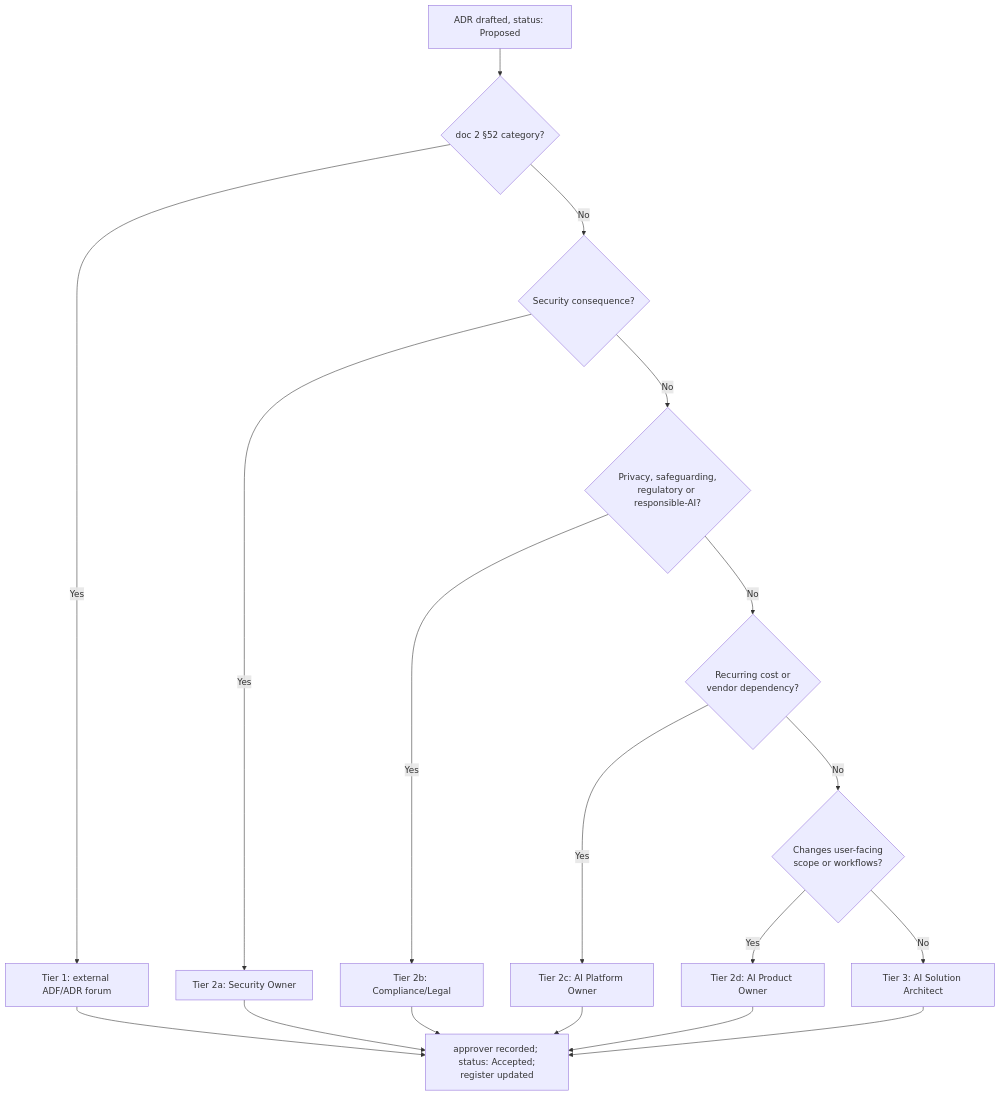
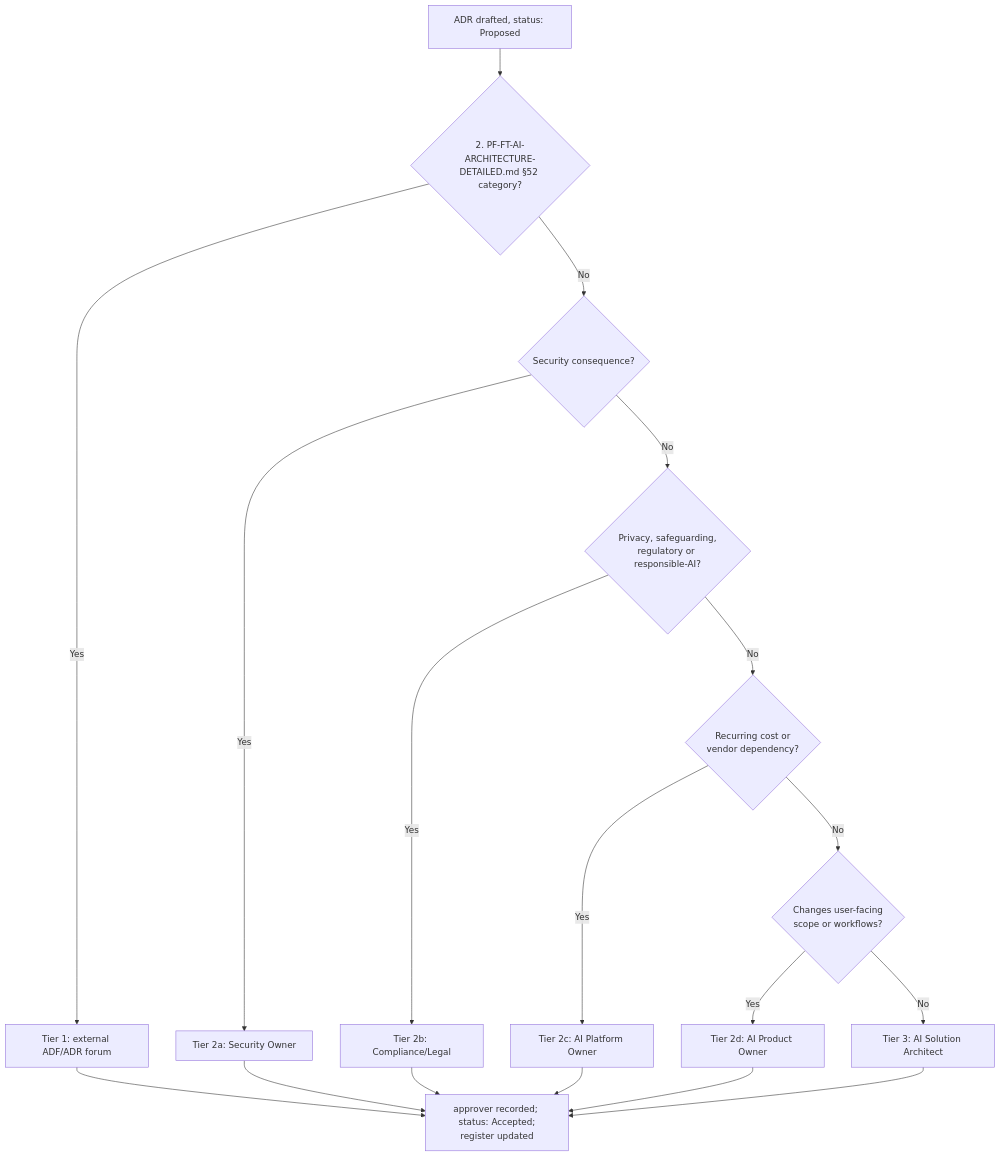
One commit to gobimca87/PF-FT changed the diagram in docs/architecture/adr/00-decision-programme/ADR-D0-03-decision-authority-and-review-board.md. Above: the diagram before and after it, drawn with Mermaid. The commit also changed other lines of this file and 143 other files, not shown here.

````diff
--- a/docs/architecture/adr/00-decision-programme/ADR-D0-03-decision-authority-and-review-board.md
+++ b/docs/architecture/adr/00-decision-programme/ADR-D0-03-decision-authority-and-review-board.md
@@ -306,20 +306,20 @@
 ```mermaid
 flowchart TD
-    A[ADR drafted, status: Proposed] --> B{doc 2 §52 category?}
+    A[ADR drafted, status: Proposed] --> B{2. PF-FT-AI-ARCHITECTURE-DETAILED.md §52 category?}
     B -- Yes --> C[Tier 1: external ADF/ADR forum]
     B -- No --> D{Security consequence?}
     D -- Yes --> E[Tier 2a: Security Owner]
     D -- No --> F{Privacy, safeguarding,<br/>regulatory or responsible-AI?}
     F -- Yes --> G[Tier 2b: Compliance/Legal]
     F -- No --> H{Recurring cost or<br/>vendor dependency?}
     H -- Yes --> I[Tier 2c: AI Platform Owner]
     H -- No --> J{Changes user-facing<br/>scope or workflows?}
     J -- Yes --> K[Tier 2d: AI Product Owner]
     J -- No --> L[Tier 3: AI Solution Architect]
     C --> M[approver recorded; status: Accepted;<br/>register updated]
     E --> M
     G --> M
     I --> M
     K --> M
     L --> M
 ```
````
